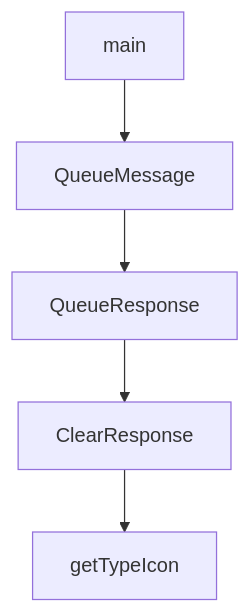
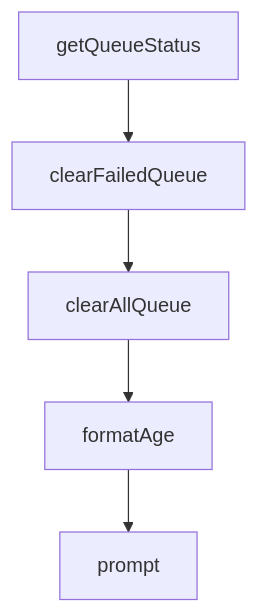
One commit to johnxie/awesome-code-docs changed the diagram in tutorials/claude-mem-tutorial/06-viewer-operations-and-maintenance-workflows.md. Above: the diagram before and after it, drawn with Mermaid. The commit also changed other lines of this file and 1232 other files, not shown here.

````diff
--- a/tutorials/claude-mem-tutorial/06-viewer-operations-and-maintenance-workflows.md
+++ b/tutorials/claude-mem-tutorial/06-viewer-operations-and-maintenance-workflows.md
@@ -220,12 +218,12 @@
 ```mermaid
 flowchart TD
-    A[main]
-    B[QueueMessage]
-    C[QueueResponse]
-    D[ClearResponse]
-    E[getTypeIcon]
+    A[getQueueStatus]
+    B[clearFailedQueue]
+    C[clearAllQueue]
+    D[formatAge]
+    E[prompt]
     A --> B
     B --> C
     C --> D
     D --> E
 ```
````
